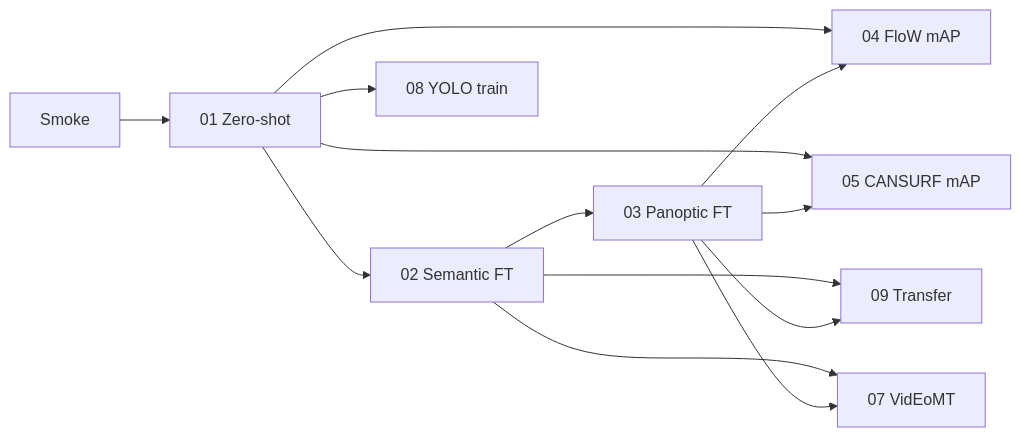
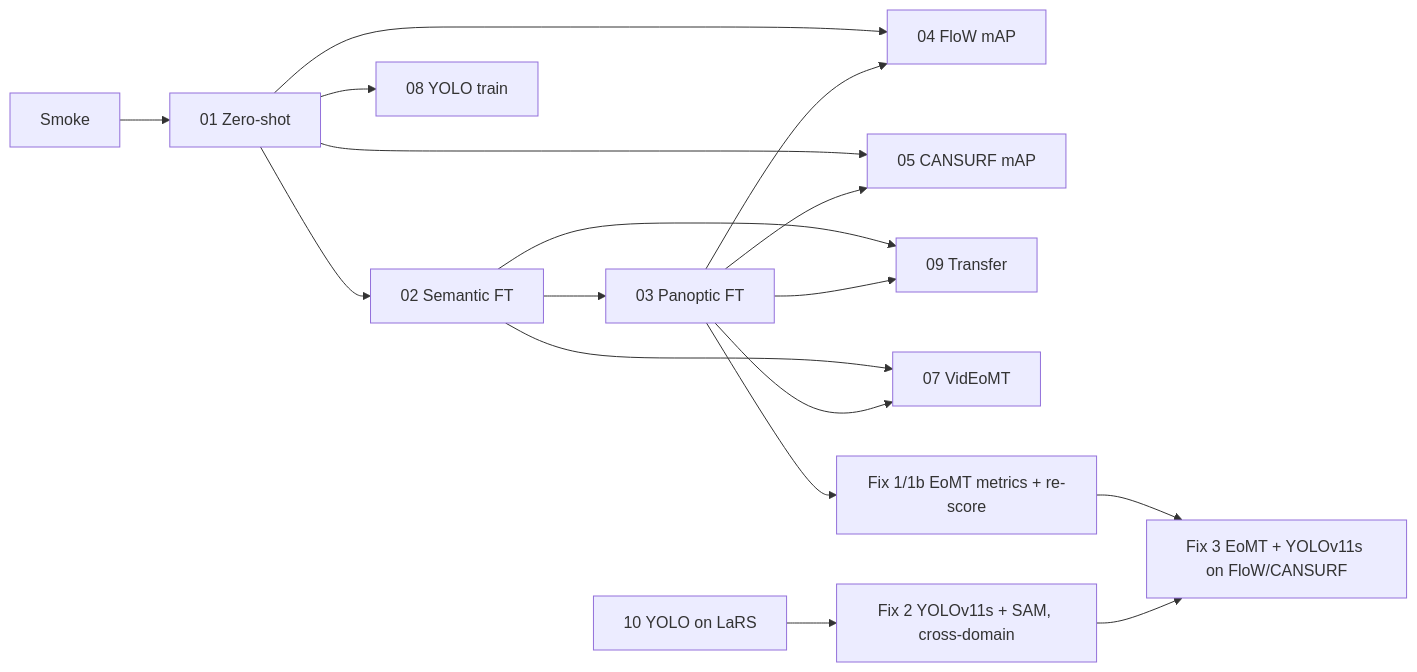
One commit to rcampanella/water-debris-seg-benchmark changed the diagram in eval_outputs/water_debris_seg/REPORT.md. Above: the diagram before and after it, drawn with Mermaid. The commit also changed other lines of this file and 171 other files, not shown here.

````diff
--- a/eval_outputs/water_debris_seg/REPORT.md
+++ b/eval_outputs/water_debris_seg/REPORT.md
@@ -241,15 +319,19 @@
 ```mermaid
 flowchart LR
   smoke[Smoke] --> a01[01 Zero-shot]
   a01 --> a02[02 Semantic FT]
   a02 --> a03[03 Panoptic FT]
   a01 --> a04[04 FloW mAP]
   a01 --> a05[05 CANSURF mAP]
   a03 --> a04
   a03 --> a05
   a02 --> a09[09 Transfer]
   a03 --> a09
   a01 --> a08[08 YOLO train]
   a02 --> a07[07 VidEoMT]
   a03 --> a07
+  a03 --> f1[Fix 1/1b EoMT metrics + re-score]
+  a10[10 YOLO on LaRS] --> f2[Fix 2 YOLOv11s + SAM, cross-domain]
+  f1 --> f3[Fix 3 EoMT + YOLOv11s on FloW/CANSURF]
+  f2 --> f3
 ```
````
